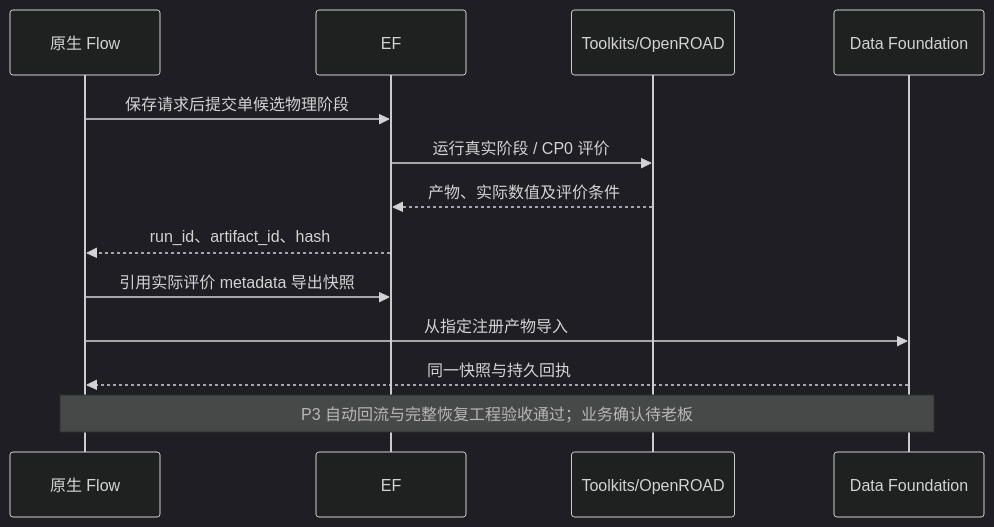
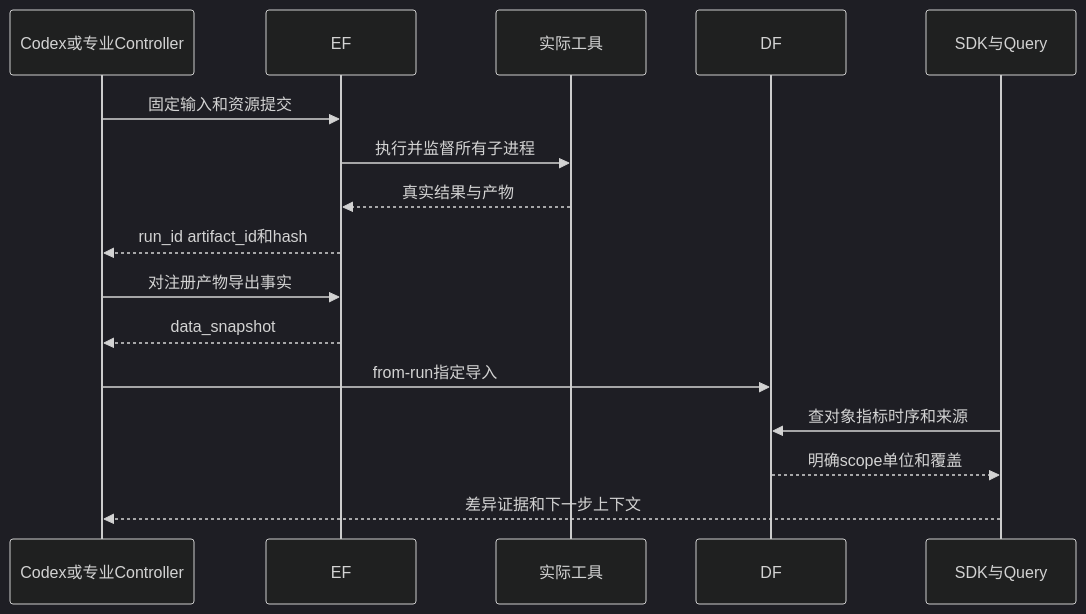
Before and after one commit to CODA-Team/ChipEvolve: the third of 3 diagrams in ARCHITECTURE.md, drawn with Mermaid (dark theme). The commit also changed other lines of this file and 7 other files, not shown here.

````diff
--- a/ARCHITECTURE.md
+++ b/ARCHITECTURE.md
@@ -94,15 +59,18 @@
 ```mermaid
 sequenceDiagram
-    participant F as 原生 Flow
-    participant E as EF
-    participant T as Toolkits/OpenROAD
-    participant D as Data Foundation
-    F->>E: 保存请求后提交单候选物理阶段
-    E->>T: 运行真实阶段 / CP0 评价
-    T-->>E: 产物、实际数值及评价条件
-    E-->>F: run_id、artifact_id、hash
-    F->>E: 引用实际评价 metadata 导出快照
-    F->>D: 从指定注册产物导入
-    D-->>F: 同一快照与持久回执
-    Note over F,D: P3 自动回流与完整恢复工程验收通过；业务确认待老板
+  participant C as Codex或专业Controller
+  participant E as EF
+  participant O as 实际工具
+  participant D as DF
+  participant Q as SDK与Query
+  C->>E: 固定输入和资源提交
+  E->>O: 执行并监督所有子进程
+  O-->>E: 真实结果与产物
+  E-->>C: run_id artifact_id和hash
+  C->>E: 对注册产物导出事实
+  E-->>C: data_snapshot
+  C->>D: from-run指定导入
+  Q->>D: 查对象指标时序和来源
+  D-->>Q: 明确scope单位和覆盖
+  Q-->>C: 差异证据和下一步上下文
 ```
````
